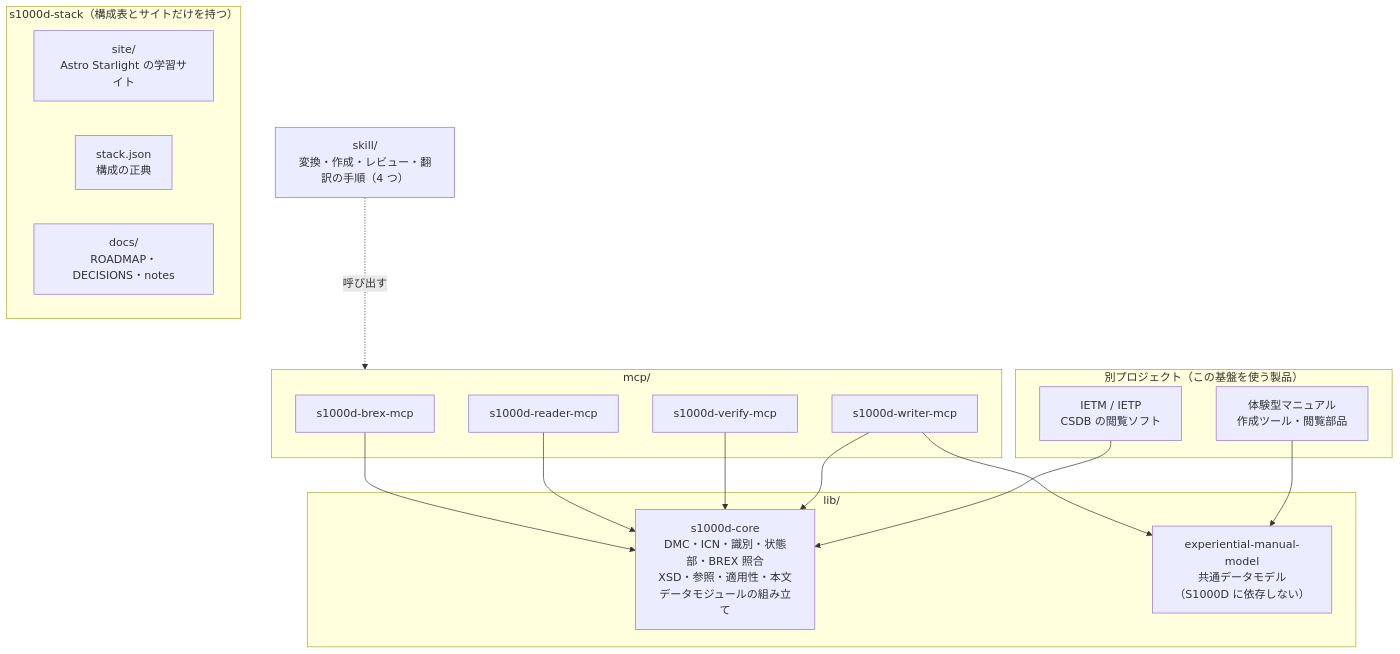
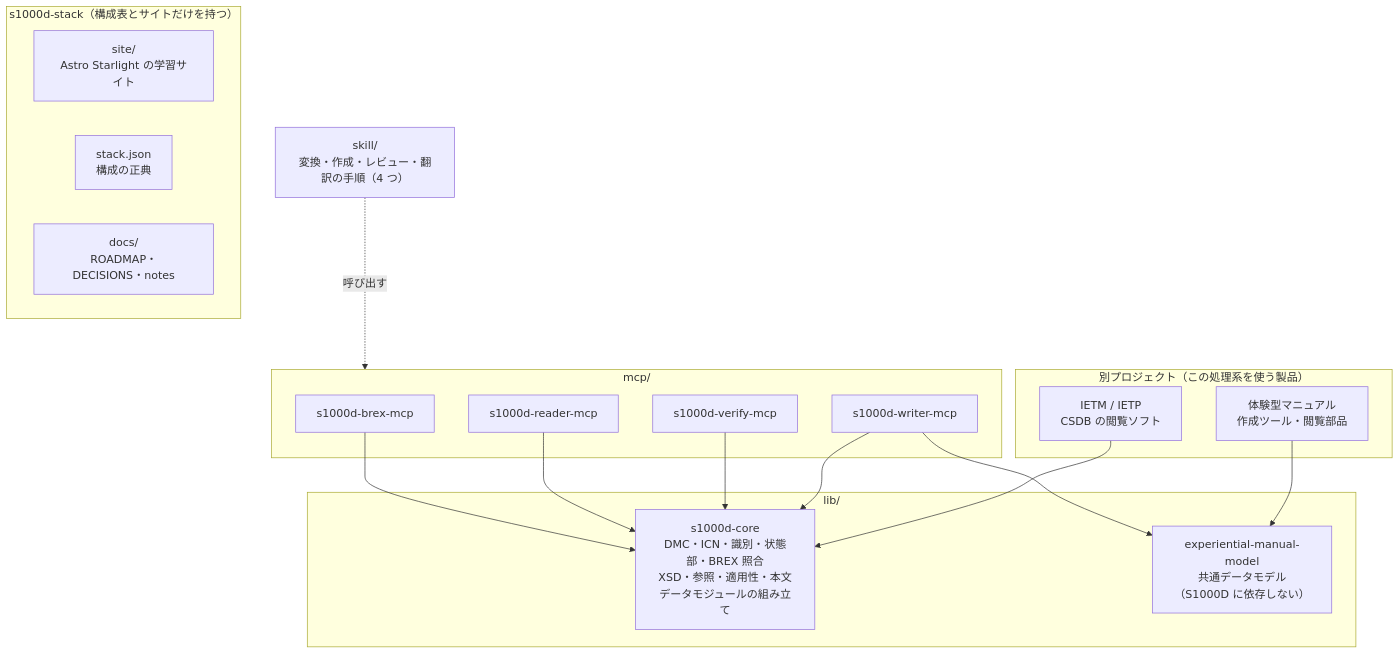
The diagram in README.ja.md (shuji-bonji/s1000d-stack), drawn with Mermaid before and after one commit. The commit also changed other lines of this file and 14 other files, not shown here.

````diff
--- a/README.ja.md
+++ b/README.ja.md
@@ -38,31 +38,31 @@
 ```mermaid
 flowchart TB
   subgraph Hub["s1000d-stack（構成表とサイトだけを持つ）"]
     SITE["site/<br/>Astro Starlight の学習サイト"]
     STACK["stack.json<br/>構成の正典"]
     DOCS["docs/<br/>ROADMAP・DECISIONS・notes"]
   end
   subgraph Lib["lib/"]
     CORE["s1000d-core<br/>DMC・ICN・識別・状態部・BREX 照合<br/>XSD・参照・適用性・本文<br/>データモジュールの組み立て"]
     MODEL["experiential-manual-model<br/>共通データモデル（S1000D に依存しない）"]
   end
   subgraph Mcp["mcp/"]
     BREX["s1000d-brex-mcp"]
     R["s1000d-reader-mcp"]
     V["s1000d-verify-mcp"]
     W["s1000d-writer-mcp"]
   end
-  subgraph Products["別プロジェクト（この基盤を使う製品）"]
+  subgraph Products["別プロジェクト（この処理系を使う製品）"]
     XM["体験型マニュアル<br/>作成ツール・閲覧部品"]
     IETP["IETM / IETP<br/>CSDB の閲覧ソフト"]
   end
   SK["skill/<br/>変換・作成・レビュー・翻訳の手順（4 つ）"]
   BREX --> CORE
   R --> CORE
   V --> CORE
   W --> CORE
   W --> MODEL
   XM --> MODEL
   IETP --> CORE
   SK -.呼び出す.-> Mcp
 ```
````
